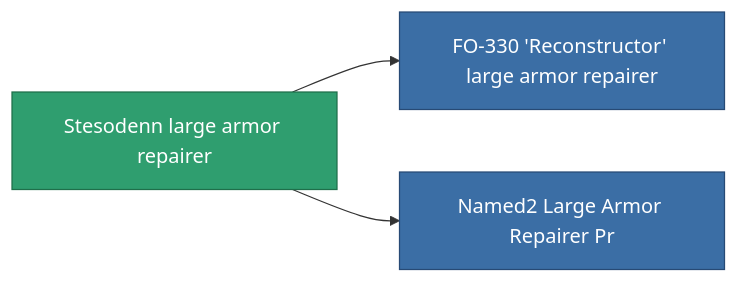
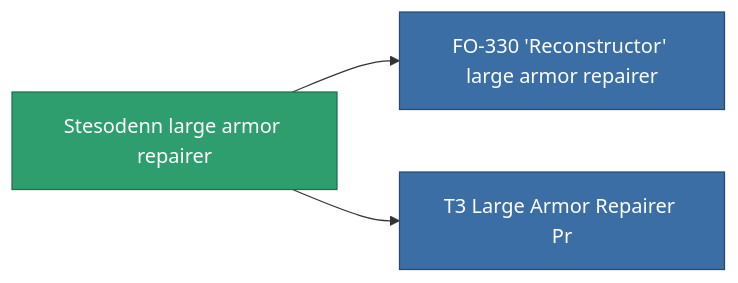
Before and after one commit to OpenPerpetuum/Wiki: the diagram in content/content/items/named1_large_armor_repairer.md, drawn with Mermaid. The commit also changed other lines of this file and 4904 other files, not shown here.

````diff
--- a/content/content/items/named1_large_armor_repairer.md
+++ b/content/content/items/named1_large_armor_repairer.md
@@ -70,13 +50,13 @@
 ```mermaid
 graph LR
     a["Stesodenn large armor repairer"]:::current
     b["FO-330 'Reconstructor' large armor repairer"]:::prod
     a --> b
     click b "/content/items/named2-large-armor-repairer/" "FO-330 'Reconstructor' large armor repairer"
-    c["Named2 Large Armor Repairer Pr"]:::prod
+    c["T3 Large Armor Repairer Pr"]:::prod
     a --> c
-    click c "/content/items/named2-large-armor-repairer-pr/" "Named2 Large Armor Repairer Pr"
+    click c "/content/items/named2-large-armor-repairer-pr/" "T3 Large Armor Repairer Pr"
     classDef current fill:#2f9e6f,stroke:#1f6f4a,color:#ffffff
     classDef prod fill:#3b6ea5,stroke:#274a75,color:#ffffff
     classDef more fill:#39445a,stroke:#54658a,color:#d5dbe8
 ```
````
